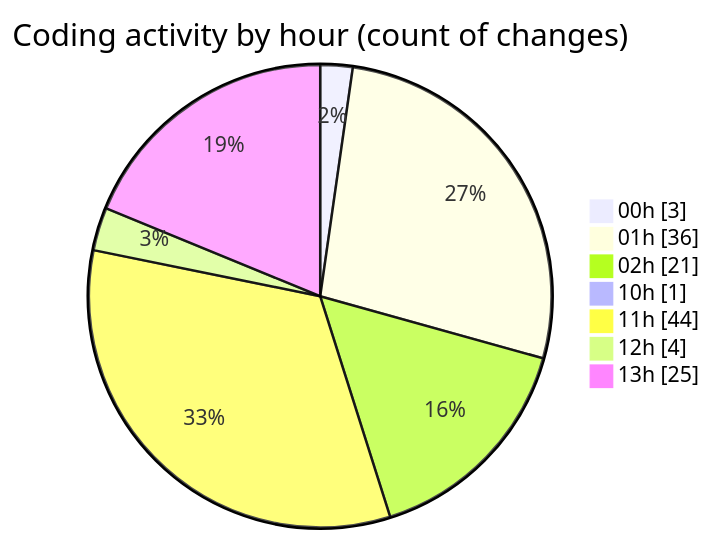
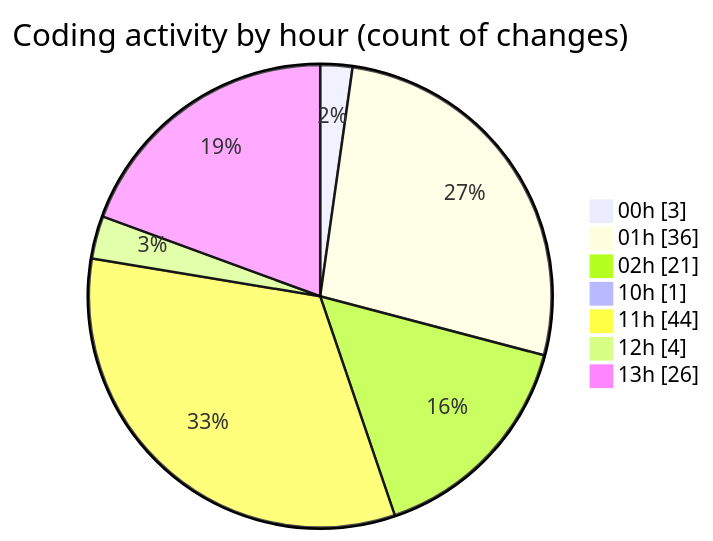
Before and after one commit to lephambinh05/code-tracking: the second of 2 diagrams in 2025-09-05/hiai-phf/README.md, drawn with Mermaid. The commit also changed other lines of this file and 1 other file, not shown here.

````diff
--- a/2025-09-05/hiai-phf/README.md
+++ b/2025-09-05/hiai-phf/README.md
@@ -72,11 +73,11 @@
 ```mermaid
 pie showData
 title Coding activity by hour (count of changes)
 "00h" : 3
 "01h" : 36
 "02h" : 21
 "10h" : 1
 "11h" : 44
 "12h" : 4
-"13h" : 25
+"13h" : 26
 ```
````
